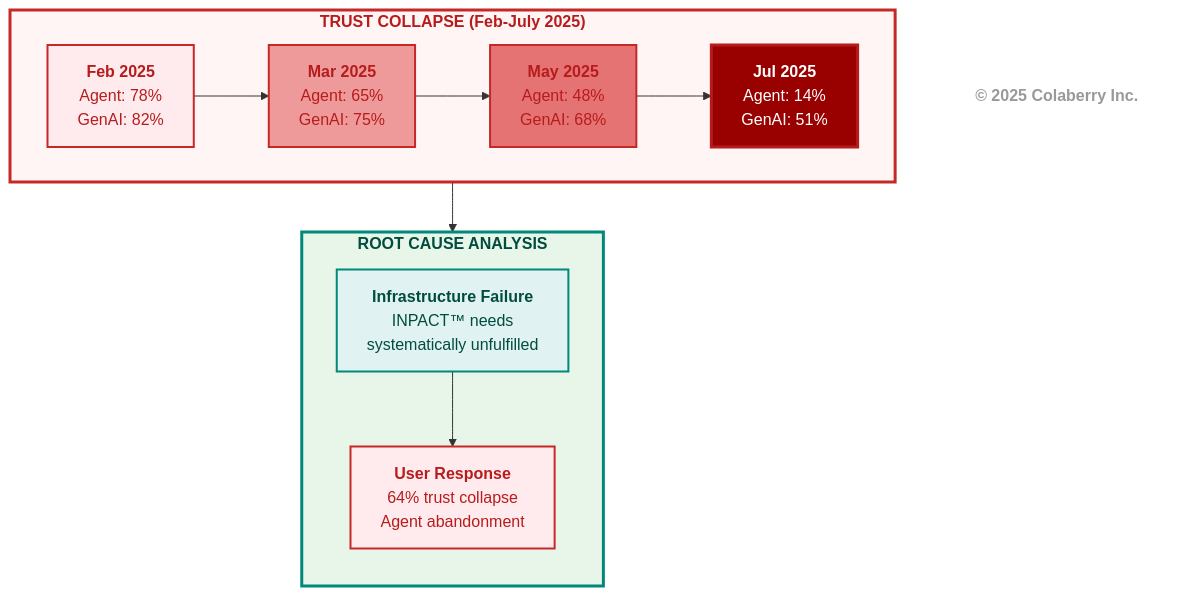
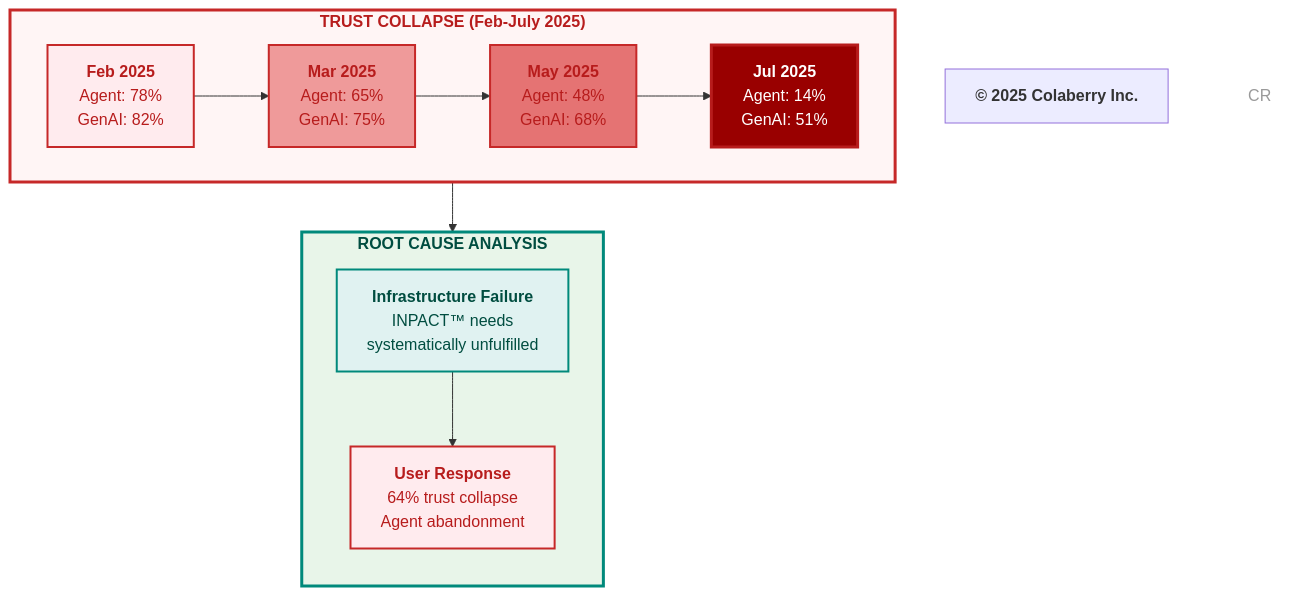
The first of 5 diagrams in manuscript/chapter_1_why_agents_fail_v3_0.md (saitejesh-cyber/trust-before-intelligence-book), drawn with Mermaid before and after one commit. The commit also changed other lines of this file and 6 other files, not shown here.

````diff
--- a/manuscript/chapter_1_why_agents_fail_v3_0.md
+++ b/manuscript/chapter_1_why_agents_fail_v3_0.md
@@ -115,41 +115,41 @@
 ```mermaid
 graph TB
     subgraph timeline["<b>TRUST COLLAPSE (Feb-July 2025)</b>"]
         direction LR
         
         FEB["<b>Feb 2025</b><br/>Agent: 78%<br/>GenAI: 82%"]
         
         MAR["<b>Mar 2025</b><br/>Agent: 65%<br/>GenAI: 75%"]
         
         MAY["<b>May 2025</b><br/>Agent: 48%<br/>GenAI: 68%"]
         
         JUL["<b>Jul 2025</b><br/>Agent: 14%<br/>GenAI: 51%"]
         
         FEB --> MAR --> MAY --> JUL
     end
     
     subgraph analysis["<b>ROOT CAUSE ANALYSIS</b>"]
         direction TB
         
         CAUSE["<b>Infrastructure Failure</b><br/>INPACT™ needs<br/>systematically unfulfilled"]
         
         RESULT["<b>User Response</b><br/>64% trust collapse<br/>Agent abandonment"]
         
         CAUSE --> RESULT
     end
     
     timeline --> analysis
     
     style timeline fill:#fff5f5,stroke:#c62828,stroke-width:3px,color:#b71c1c
     style FEB fill:#ffebee,stroke:#c62828,stroke-width:2px,color:#b71c1c
     style MAR fill:#ef9a9a,stroke:#c62828,stroke-width:2px,color:#b71c1c
     style MAY fill:#e57373,stroke:#c62828,stroke-width:2px,color:#b71c1c
     style JUL fill:#990000,stroke:#b71c1c,stroke-width:3px,color:#ffffff
     
     style analysis fill:#e8f5e9,stroke:#00897b,stroke-width:3px,color:#004d40
     style CAUSE fill:#e0f2f1,stroke:#00897b,stroke-width:2px,color:#004d40
     style RESULT fill:#ffebee,stroke:#c62828,stroke-width:2px,color:#b71c1c
     
-    CR["<b>© 2025 Colaberry Inc.</b>"]
+    Copyright["<b>© 2025 Colaberry Inc.</b>"]
     style CR fill:none,stroke:none,color:#999999
 ```
````
